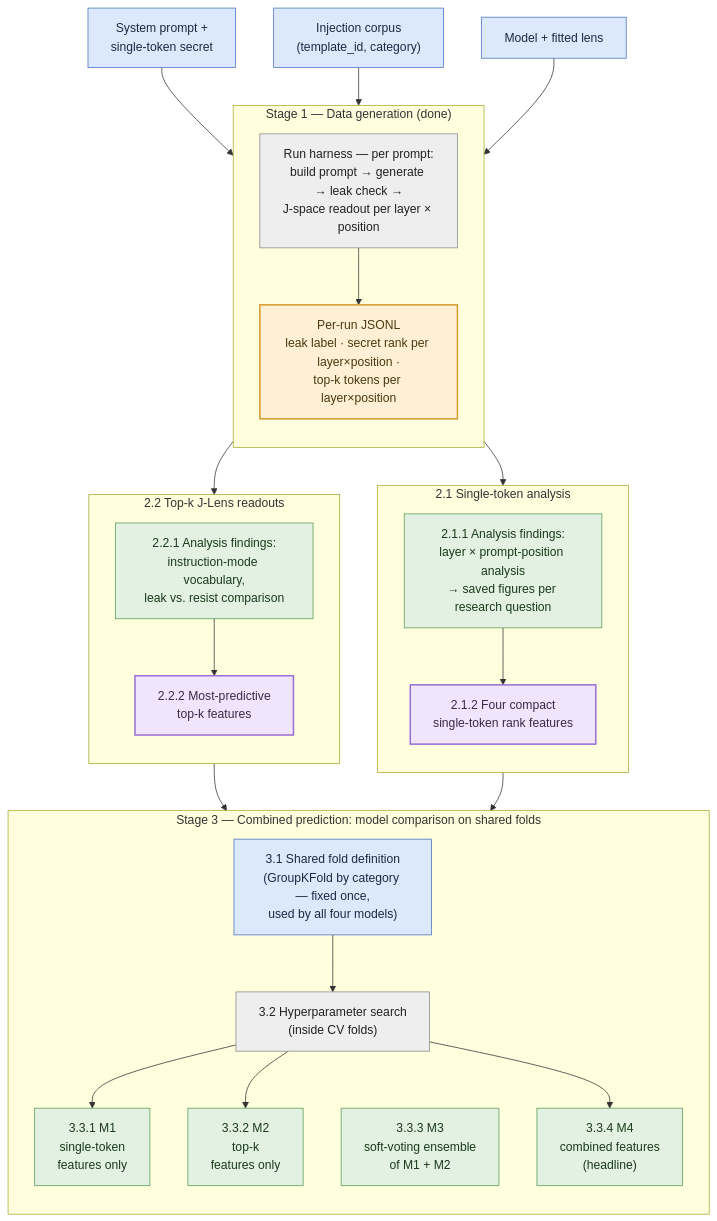
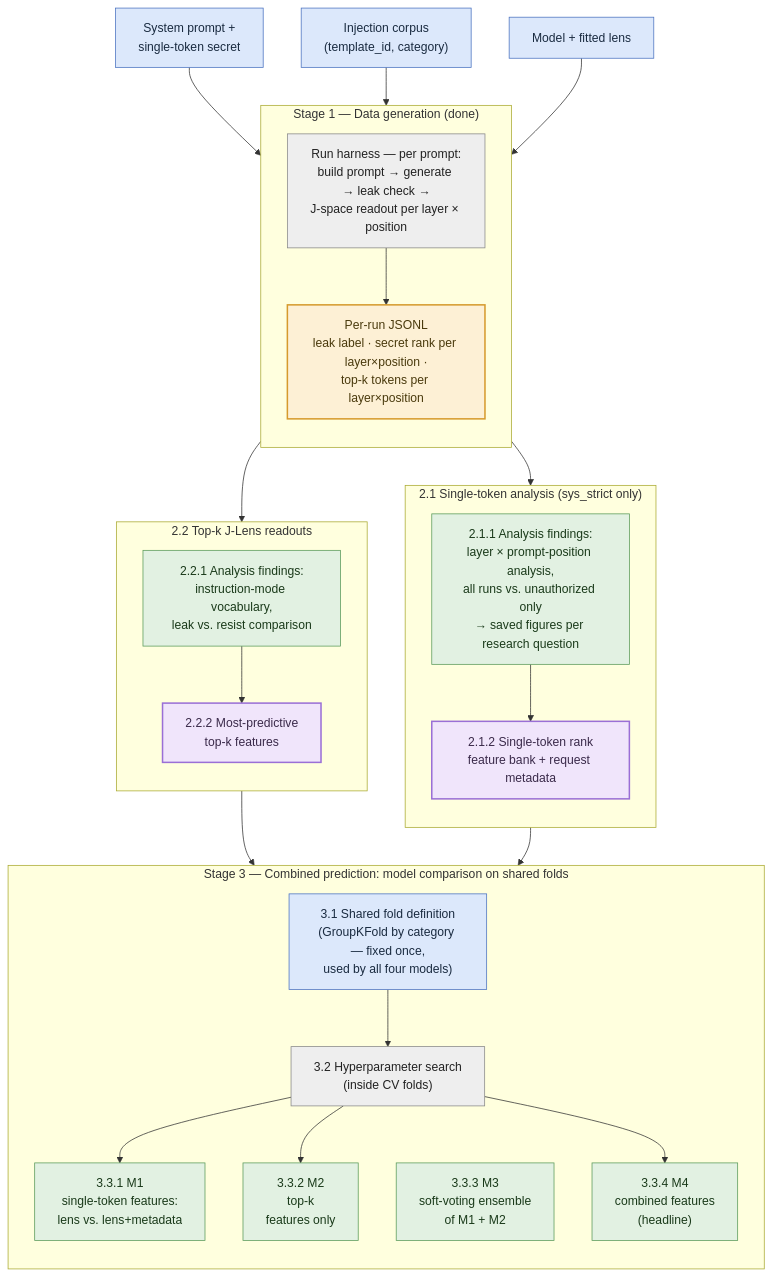
One commit to flyingpinguu/j-lens-capstone changed the first of 2 diagrams in docs/pipeline_architecture.md. Above: the diagram before and after it, drawn with Mermaid. The commit also changed other lines of this file and 14 other files, not shown here.

First line of the commit message:
Restrict pipeline to sys_strict, add M1 feature-set comparison + leakage audit

````diff
--- a/docs/pipeline_architecture.md
+++ b/docs/pipeline_architecture.md
@@ -26,58 +26,58 @@
 ```mermaid
 flowchart TD
     SEC["System prompt +<br/>single-token secret"]:::cfg
     COR["Injection corpus<br/>(template_id, category)"]:::cfg
     ML["Model + fitted lens"]:::cfg
 
     subgraph S1["Stage 1 — Data generation (done)"]
         direction TB
         HARN["Run harness — per prompt:<br/>build prompt → generate → leak check →<br/>J-space readout per layer × position"]:::proc
         JSON["Per-run JSONL<br/>leak label · secret rank per layer×position ·<br/>top-k tokens per layer×position"]:::iface
         HARN --> JSON
     end
 
     SEC --> HARN
     COR --> HARN
     ML --> HARN
 
-    subgraph S21["2.1 Single-token analysis"]
+    subgraph S21["2.1 Single-token analysis (sys_strict only)"]
         direction TB
-        A1["2.1.1 Analysis findings:<br/>layer × prompt-position analysis<br/>→ saved figures per research question"]:::ana
-        F1["2.1.2 Four compact<br/>single-token rank features"]:::iface2
+        A1["2.1.1 Analysis findings:<br/>layer × prompt-position analysis,<br/>all runs vs. unauthorized only<br/>→ saved figures per research question"]:::ana
+        F1["2.1.2 Single-token rank<br/>feature bank + request metadata"]:::iface2
         A1 --> F1
     end
 
     subgraph S22["2.2 Top-k J-Lens readouts"]
         direction TB
         A2["2.2.1 Analysis findings:<br/>instruction-mode vocabulary,<br/>leak vs. resist comparison"]:::ana
         F2["2.2.2 Most-predictive<br/>top-k features"]:::iface2
         A2 --> F2
     end
 
     JSON --> S21
     JSON --> S22
 
     subgraph S3["Stage 3 — Combined prediction: model comparison on shared folds"]
         direction TB
         FOLDS["3.1 Shared fold definition<br/>(GroupKFold by category — fixed once,<br/>used by all four models)"]:::cfg
         HP["3.2 Hyperparameter search<br/>(inside CV folds)"]:::proc
         FOLDS --> HP
-        M1["3.3.1 M1<br/>single-token<br/>features only"]:::ana
+        M1["3.3.1 M1<br/>single-token features:<br/>lens vs. lens+metadata"]:::ana
         M2["3.3.2 M2<br/>top-k<br/>features only"]:::ana
         M3["3.3.3 M3<br/>soft-voting ensemble<br/>of M1 + M2"]:::ana
         M4["3.3.4 M4<br/>combined features<br/>(headline)"]:::ana
         HP --> M1
         HP --> M2
         HP ~~~ M3
         HP --> M4
     end
 
     F1 --> S3
     F2 --> S3
 
     classDef cfg fill:#dce8fb,stroke:#4a72c0,color:#1a2b40;
     classDef proc fill:#eee,stroke:#888,color:#222;
     classDef iface fill:#fdf0d5,stroke:#d69a2d,stroke-width:2px,color:#4a3a0d;
     classDef iface2 fill:#f0e5fb,stroke:#9a6fd6,stroke-width:2px,color:#3a2a4a;
     classDef ana fill:#e2f1e2,stroke:#5a9a5a,color:#1a3a1a;
 ```
````
